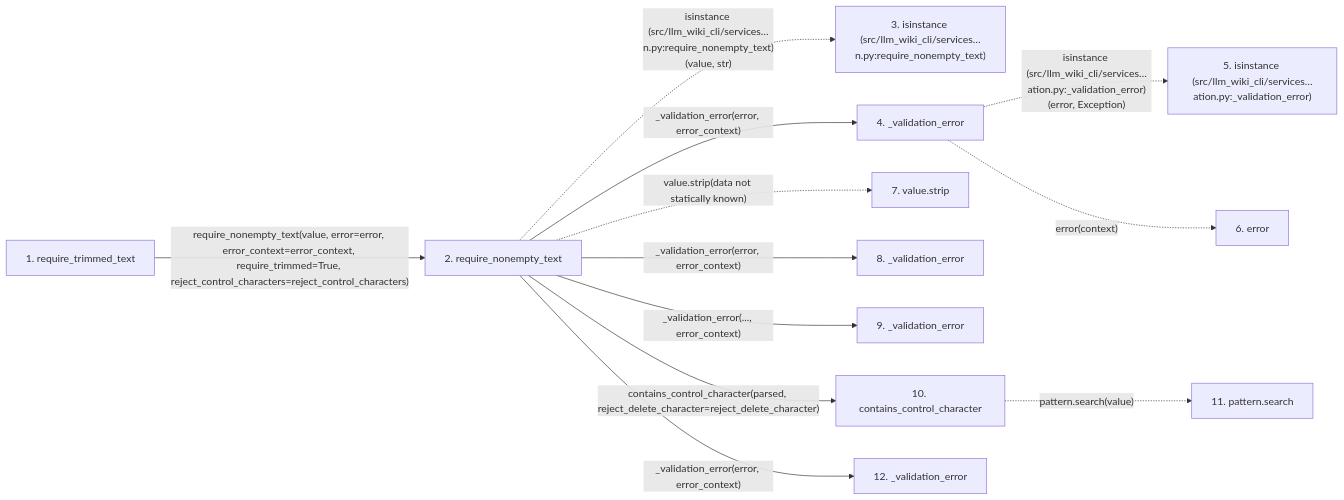
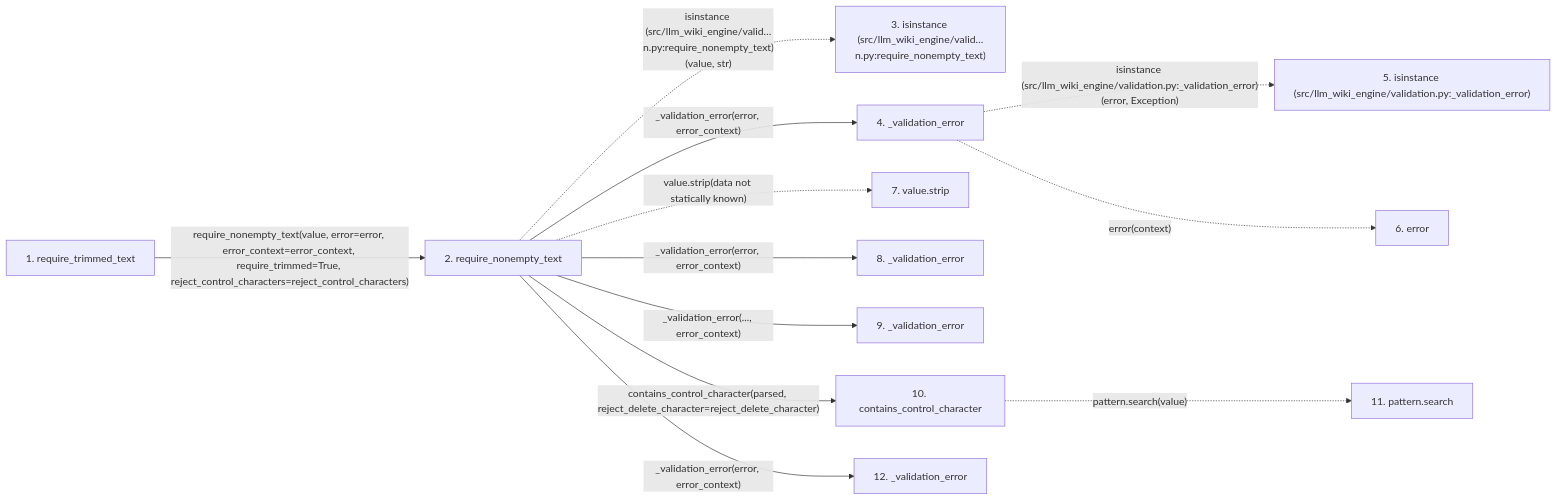
Before and after one commit to Denissvgn/python-wiki-llm: the second of 2 diagrams in docs/llm_wiki/flows/api-require_trimmed_text.md, drawn with Mermaid. The commit also changed other lines of this file and 1103 other files, not shown here.

First line of the commit message:
docs: refresh the wiki for the llm-wiki-engine distribution

````diff
--- a/docs/llm_wiki/flows/api-require_trimmed_text.md
+++ b/docs/llm_wiki/flows/api-require_trimmed_text.md
@@ -53,33 +53,33 @@
 ```mermaid
 flowchart LR
     s1["1. require_trimmed_text"]
     s2["2. require_nonempty_text"]
-    s3["3. isinstance (src/llm_wiki_cli/services…n.py:require_nonempty_text)"]
+    s3["3. isinstance (src/llm_wiki_engine/valid…n.py:require_nonempty_text)"]
     s4["4. _validation_error"]
-    s5["5. isinstance (src/llm_wiki_cli/services…ation.py:_validation_error)"]
+    s5["5. isinstance (src/llm_wiki_engine/validation.py:_validation_error)"]
     s6["6. error"]
     s7["7. value.strip"]
     s8["8. _validation_error"]
     s9["9. _validation_error"]
     s10["10. contains_control_character"]
     s11["11. pattern.search"]
     s12["12. _validation_error"]
     s1 -->|"require_nonempty_text(value, error=error, error_context=error_context, require_trimmed=True, reject_control_characters=reject_control_characters)"| s2
-    s2 -. "isinstance (src/llm_wiki_cli/services…n.py:require_nonempty_text)(value, str)" .-> s3
+    s2 -. "isinstance (src/llm_wiki_engine/valid…n.py:require_nonempty_text)(value, str)" .-> s3
     s2 -->|"_validation_error(error, error_context)"| s4
-    s4 -. "isinstance (src/llm_wiki_cli/services…ation.py:_validation_error)(error, Exception)" .-> s5
+    s4 -. "isinstance (src/llm_wiki_engine/validation.py:_validation_error)(error, Exception)" .-> s5
     s4 -. "error(context)" .-> s6
     s2 -. "value.strip(data not statically known)" .-> s7
     s2 -->|"_validation_error(error, error_context)"| s8
     s2 -->|"_validation_error(..., error_context)"| s9
     s2 -->|"contains_control_character(parsed, reject_delete_character=reject_delete_character)"| s10
     s10 -. "pattern.search(value)" .-> s11
     s2 -->|"_validation_error(error, error_context)"| s12
     click s1 "../modules/validation.md"
     click s2 "../modules/validation.md"
     click s4 "../modules/validation.md"
     click s8 "../modules/validation.md"
     click s9 "../modules/validation.md"
     click s10 "../modules/validation.md"
     click s12 "../modules/validation.md"
 ```
````
